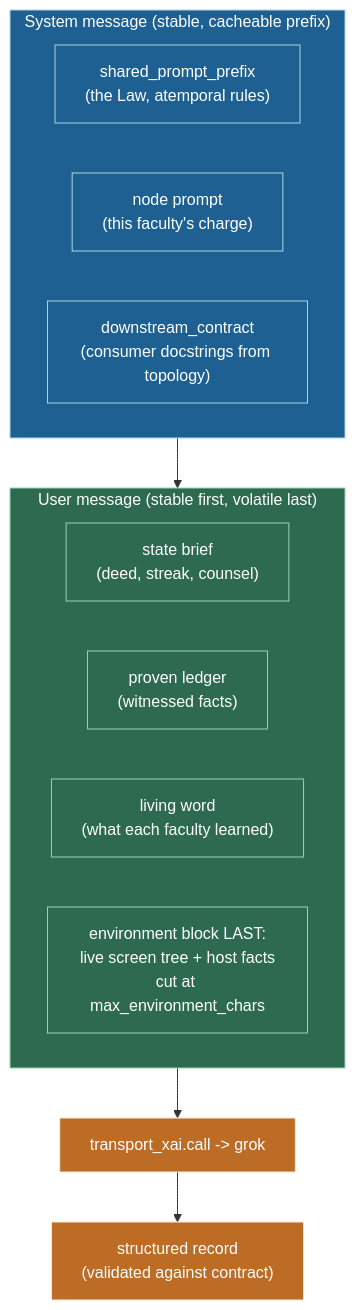
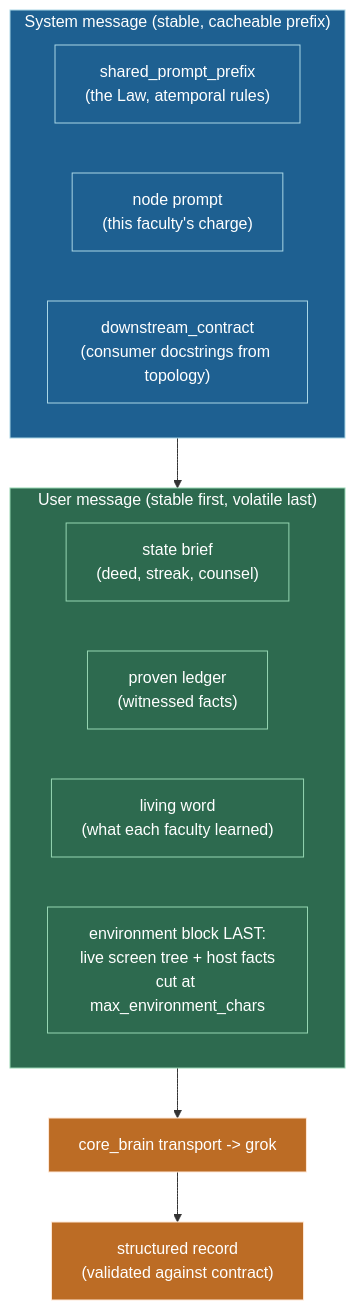
One commit to wgabrys88/endgame-ai changed the fifth of 7 diagrams in README.md. Above: the diagram before and after it, drawn with Mermaid. The commit also changed other lines of this file and 14 other files, not shown here.

````diff
--- a/README.md
+++ b/README.md
@@ -486,25 +498,25 @@
 ```mermaid
 flowchart TD
     subgraph SYS["System message (stable, cacheable prefix)"]
         P1["shared_prompt_prefix<br/>(the Law, atemporal rules)"]
         P2["node prompt<br/>(this faculty's charge)"]
         P3["downstream_contract<br/>(consumer docstrings from topology)"]
     end
 
     subgraph USR["User message (stable first, volatile last)"]
         U1["state brief<br/>(deed, streak, counsel)"]
         U2["proven ledger<br/>(witnessed facts)"]
         U3["living word<br/>(what each faculty learned)"]
         U4["environment block LAST:<br/>live screen tree + host facts<br/>cut at max_environment_chars"]
     end
 
-    SYS --> USR --> CALL["transport_xai.call -> grok"]
+    SYS --> USR --> CALL["core_brain transport -> grok"]
     CALL --> REC["structured record<br/>(validated against contract)"]
 
     classDef sys fill:#1e6091,stroke:#a9d6e5,color:#ffffff;
     classDef usr fill:#2d6a4f,stroke:#95d5b2,color:#ffffff;
     classDef out fill:#bc6c25,stroke:#ffe8d6,color:#ffffff;
     class SYS,P1,P2,P3 sys;
     class USR,U1,U2,U3,U4 usr;
     class CALL,REC out;
 ```
````
